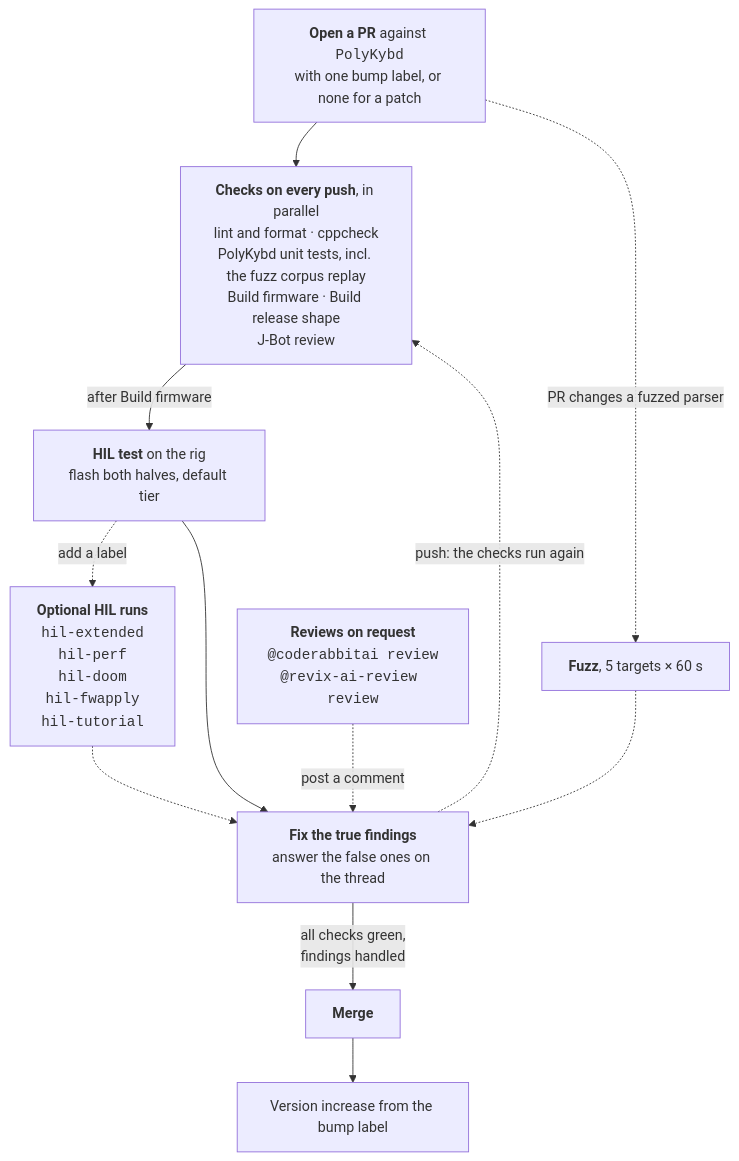
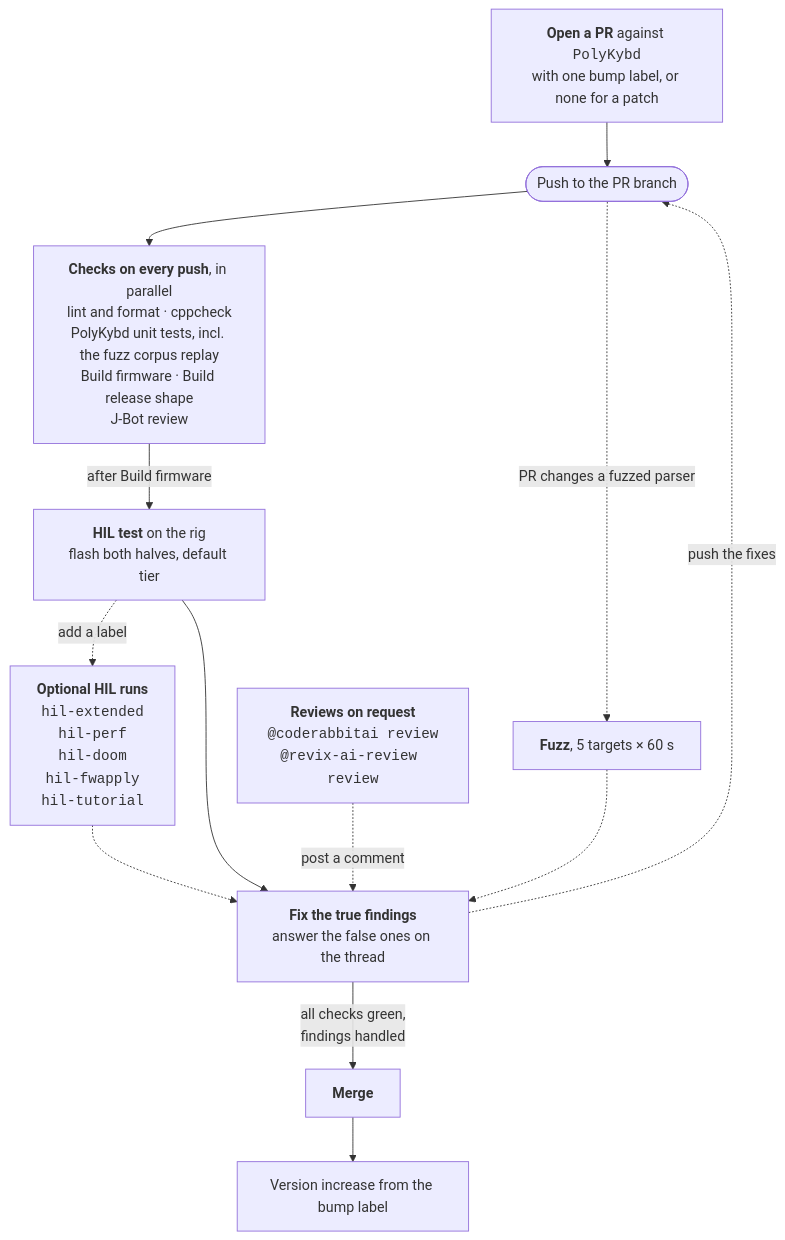
The diagram in src/content/docs/development/contributing.mdx (thpoll83/polykybd-docs), drawn with Mermaid before and after one commit.

Commit message:
Contributing: route fix pushes through the fuzz jobs too
A fix push now goes back to one push node that fans out to the checks
and, for a parser change, to the fuzz jobs, so the diagram shows that the
fuzz jobs run again after a fix.

Claude-Session: https://claude.ai/code/session_01U989dsbvt9rwwzGAwTXNMK

````diff
--- a/src/content/docs/development/contributing.mdx
+++ b/src/content/docs/development/contributing.mdx
@@ -59,24 +59,26 @@
 ```mermaid
 flowchart TD
   OPEN["<b>Open a PR</b> against <code>PolyKybd</code><br/>with one bump label, or none for a patch"]
+  PUSH(["Push to the PR branch"])
   CHECKS["<b>Checks on every push</b>, in parallel<br/>lint and format · cppcheck<br/>PolyKybd unit tests, incl. the fuzz corpus replay<br/>Build firmware · Build release shape<br/>J-Bot review"]
   FUZZ["<b>Fuzz</b>, 5 targets × 60 s"]
   HIL["<b>HIL test</b> on the rig<br/>flash both halves, default tier"]
   OPT["<b>Optional HIL runs</b><br/><code>hil-extended</code><br/><code>hil-perf</code><br/><code>hil-doom</code><br/><code>hil-fwapply</code><br/><code>hil-tutorial</code>"]
   REV["<b>Reviews on request</b><br/><code>@coderabbitai review</code><br/><code>@revix-ai-review review</code>"]
   FIX["<b>Fix the true findings</b><br/>answer the false ones on the thread"]
   MERGE["<b>Merge</b>"]
   BUMP["Version increase from the bump label"]
 
-  OPEN --> CHECKS
-  OPEN -.->|"PR changes a fuzzed parser"| FUZZ
+  OPEN --> PUSH
+  PUSH --> CHECKS
+  PUSH -.->|"PR changes a fuzzed parser"| FUZZ
   CHECKS -->|"after Build firmware"| HIL
   HIL -.->|"add a label"| OPT
   HIL --> FIX
   FUZZ -.-> FIX
   OPT -.-> FIX
   REV -.->|"post a comment"| FIX
-  FIX -.->|"push: the checks run again"| CHECKS
+  FIX -.->|"push the fixes"| PUSH
   FIX -->|"all checks green,<br/>findings handled"| MERGE
   MERGE --> BUMP
 ```
````
